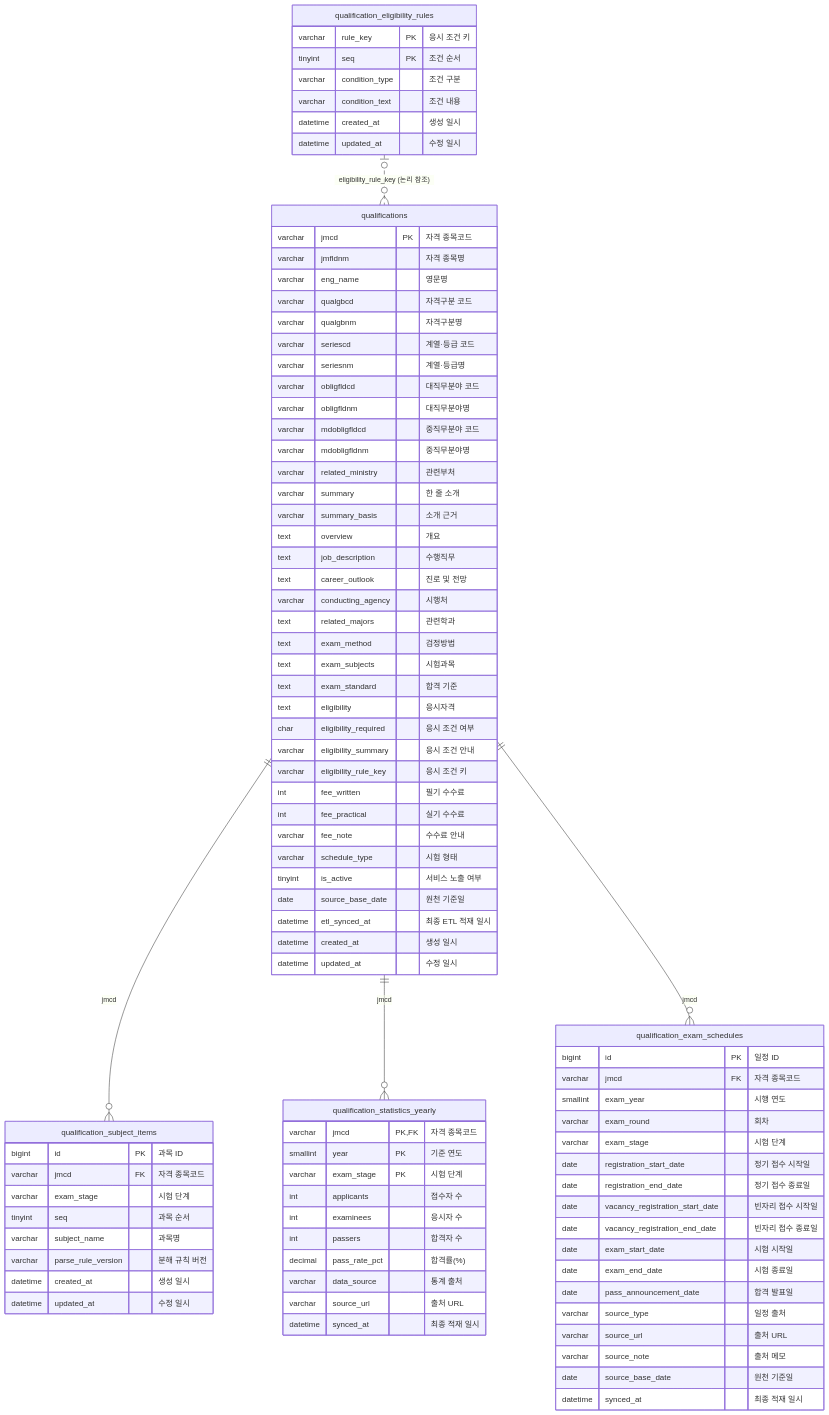
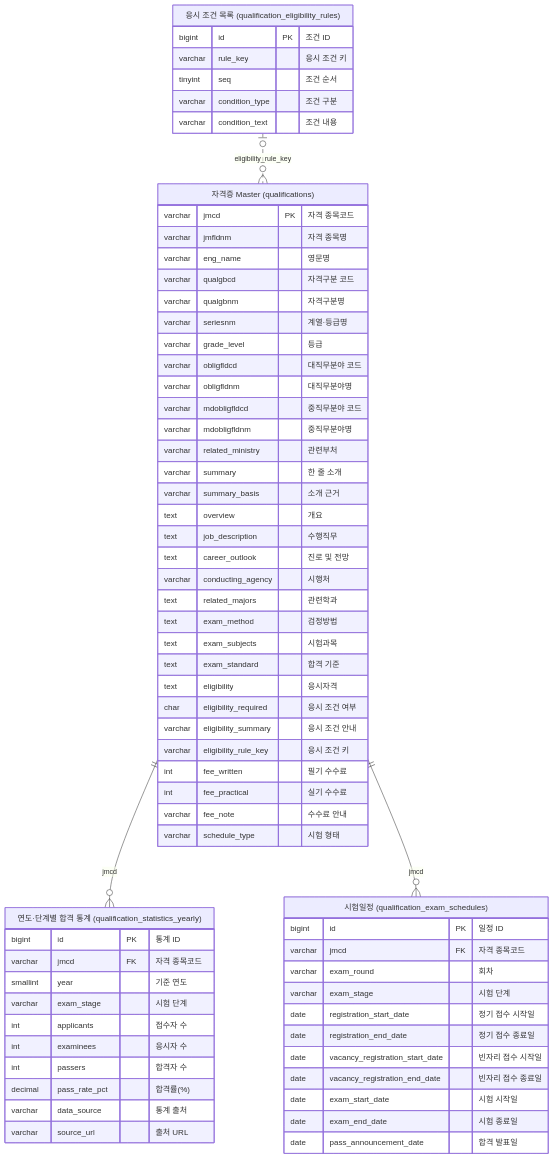
One commit to team-ap-cert-sniper/cert-sniper changed the fourth of 7 diagrams in docs/ERD.md. Above: the diagram before and after it, drawn with Mermaid. The commit also changed other lines of this file and 29 other files, not shown here.

Commit message:
DB 설계서 업데이트: 스키아- ERD - 플로우차트 - etl - README

````diff
--- a/docs/ERD.md
+++ b/docs/ERD.md
@@ -303,13 +205,13 @@
 ```mermaid
 erDiagram
-    qualifications {
+    qualifications["자격증 Master (qualifications)"] {
         varchar jmcd PK "자격 종목코드"
         varchar jmfldnm "자격 종목명"
         varchar eng_name "영문명"
         varchar qualgbcd "자격구분 코드"
         varchar qualgbnm "자격구분명"
-        varchar seriescd "계열·등급 코드"
         varchar seriesnm "계열·등급명"
+        varchar grade_level "등급"
         varchar obligfldcd "대직무분야 코드"
         varchar obligfldnm "대직무분야명"
         varchar mdobligfldcd "중직무분야 코드"
@@ -333,38 +235,22 @@
         int fee_practical "실기 수수료"
         varchar fee_note "수수료 안내"
         varchar schedule_type "시험 형태"
-        tinyint is_active "서비스 노출 여부"
-        date source_base_date "원천 기준일"
-        datetime etl_synced_at "최종 ETL 적재 일시"
-        datetime created_at "생성 일시"
-        datetime updated_at "수정 일시"
     }
-    qualification_subject_items {
-        bigint id PK "과목 ID"
+    qualification_statistics_yearly["연도·단계별 합격 통계 (qualification_statistics_yearly)"] {
+        bigint id PK "통계 ID"
         varchar jmcd FK "자격 종목코드"
+        smallint year "기준 연도"
         varchar exam_stage "시험 단계"
-        tinyint seq "과목 순서"
-        varchar subject_name "과목명"
-        varchar parse_rule_version "분해 규칙 버전"
-        datetime created_at "생성 일시"
-        datetime updated_at "수정 일시"
-    }
-    qualification_statistics_yearly {
-        varchar jmcd PK, FK "자격 종목코드"
-        smallint year PK "기준 연도"
-        varchar exam_stage PK "시험 단계"
         int applicants "접수자 수"
         int examinees "응시자 수"
         int passers "합격자 수"
         decimal pass_rate_pct "합격률(%)"
         varchar data_source "통계 출처"
         varchar source_url "출처 URL"
-        datetime synced_at "최종 적재 일시"
     }
-    qualification_exam_schedules {
+    qualification_exam_schedules["시험일정 (qualification_exam_schedules)"] {
         bigint id PK "일정 ID"
         varchar jmcd FK "자격 종목코드"
-        smallint exam_year "시행 연도"
         varchar exam_round "회차"
         varchar exam_stage "시험 단계"
         date registration_start_date "정기 접수 시작일"
@@ -374,22 +260,15 @@
         date exam_start_date "시험 시작일"
         date exam_end_date "시험 종료일"
         date pass_announcement_date "합격 발표일"
-        varchar source_type "일정 출처"
-        varchar source_url "출처 URL"
-        varchar source_note "출처 메모"
-        date source_base_date "원천 기준일"
-        datetime synced_at "최종 적재 일시"
     }
-    qualification_eligibility_rules {
-        varchar rule_key PK "응시 조건 키"
-        tinyint seq PK "조건 순서"
+    qualification_eligibility_rules["응시 조건 목록 (qualification_eligibility_rules)"] {
+        bigint id PK "조건 ID"
+        varchar rule_key "응시 조건 키"
+        tinyint seq "조건 순서"
         varchar condition_type "조건 구분"
         varchar condition_text "조건 내용"
-        datetime created_at "생성 일시"
-        datetime updated_at "수정 일시"
     }
-    qualifications ||--o{ qualification_subject_items : "jmcd"
     qualifications ||--o{ qualification_statistics_yearly : "jmcd"
     qualifications ||--o{ qualification_exam_schedules : "jmcd"
-    qualification_eligibility_rules |o..o{ qualifications : "eligibility_rule_key (논리 참조)"
+    qualification_eligibility_rules |o..o{ qualifications : "eligibility_rule_key"
 ```
````
